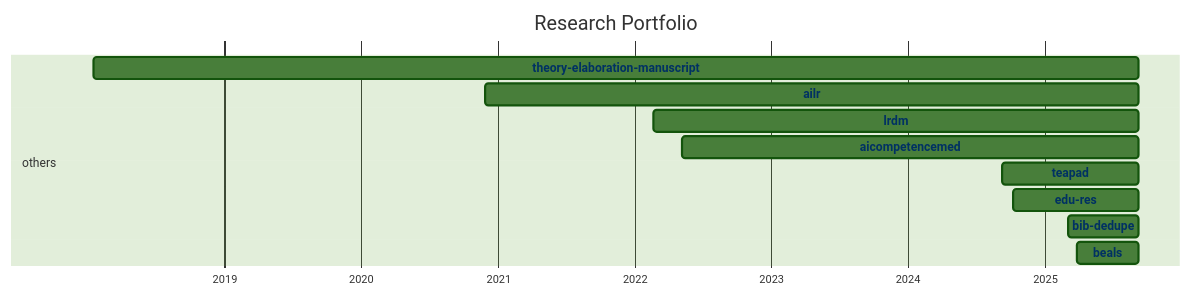
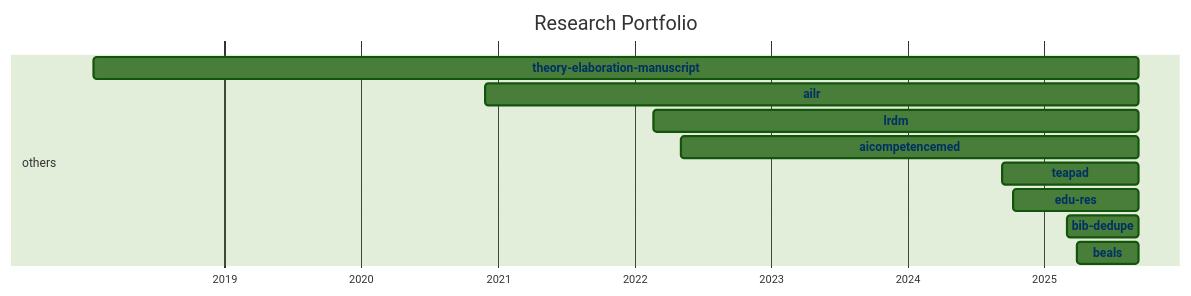
The diagram in docs/20-research/25-projects-gantt.md (digital-work-lab/handbook), drawn with Mermaid (forest theme) before and after one commit.

Commit message:
Update repository overview

````diff
--- a/docs/20-research/25-projects-gantt.md
+++ b/docs/20-research/25-projects-gantt.md
@@ -8,35 +8,35 @@
 ```mermaid
 ---
 displayMode: compact
 ---
 gantt
 title Research Portfolio
 dateFormat YYYY-MM-DD
 axisFormat %Y
 
     section work_practices
 
     section distributed_organizing
 
     section knowledge_synthesis
 
     section others
-        beals :beals, 2025-03-28, 2025-09-09
-        bib-dedupe :bib-dedupe, 2025-03-04, 2025-09-09
-        edu-res :edu-res, 2024-10-10, 2025-09-09
-        teapad :teapad, 2024-09-10, 2025-09-09
-        aicompetencemed :aicompetencemed, 2022-05-06, 2025-09-09
-        lrdm :lrdm, 2022-02-20, 2025-09-09
-        ailr :ailr, 2020-11-26, 2025-09-09
-        theory-elaboration-manuscript :theory-elaboration-manuscript, 2018-01-15, 2025-09-09
+        beals :beals, 2025-03-28, 2025-09-10
+        bib-dedupe :bib-dedupe, 2025-03-04, 2025-09-10
+        edu-res :edu-res, 2024-10-10, 2025-09-10
+        teapad :teapad, 2024-09-10, 2025-09-10
+        aicompetencemed :aicompetencemed, 2022-05-06, 2025-09-10
+        lrdm :lrdm, 2022-02-20, 2025-09-10
+        ailr :ailr, 2020-11-26, 2025-09-10
+        theory-elaboration-manuscript :theory-elaboration-manuscript, 2018-01-15, 2025-09-10
 
 
     click beals href "{{ site.baseurl }}/docs/10-lab/18-resources/beals.html"
     click bib-dedupe href "{{ site.baseurl }}/docs/10-lab/18-resources/bib-dedupe.html"
     click edu-res href "{{ site.baseurl }}/docs/10-lab/18-resources/edu-res.html"
     click teapad href "{{ site.baseurl }}/docs/10-lab/18-resources/teapad.html"
     click aicompetencemed href "{{ site.baseurl }}/docs/10-lab/18-resources/aicompetencemed.html"
     click lrdm href "{{ site.baseurl }}/docs/10-lab/18-resources/lrdm.html"
     click ailr href "{{ site.baseurl }}/docs/10-lab/18-resources/ailr.html"
     click theory-elaboration-manuscript href "{{ site.baseurl }}/docs/10-lab/18-resources/theory-elaboration-manuscript.html"
 ```
````
